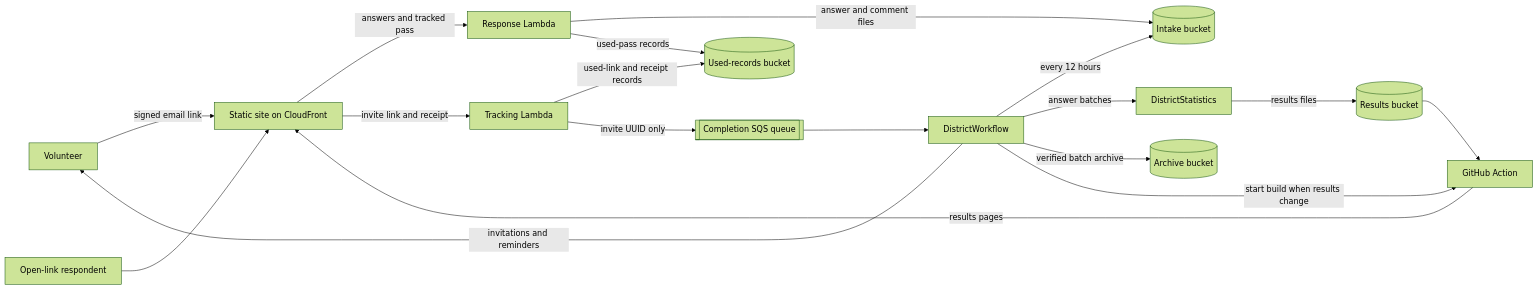
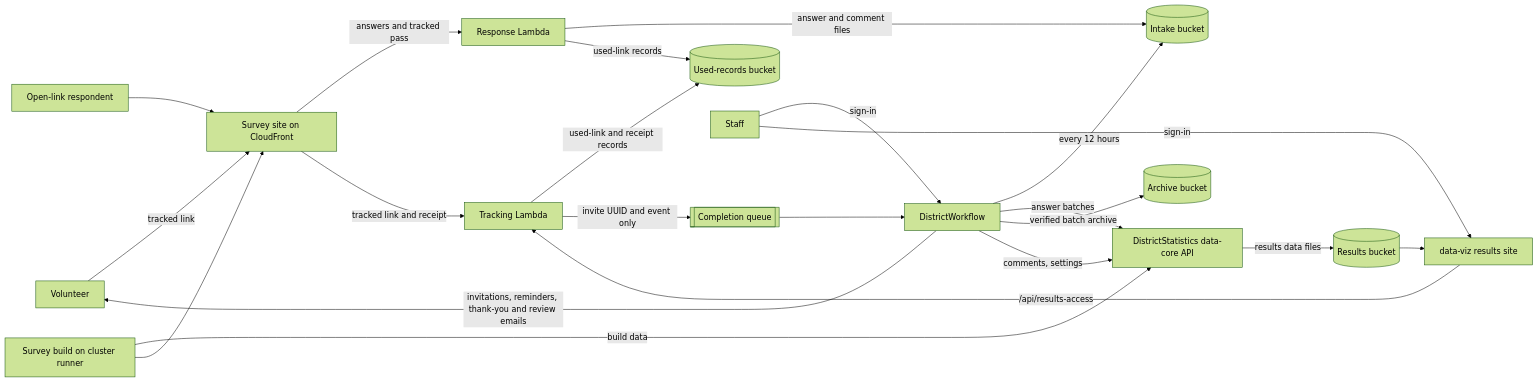
Before and after one commit to LBDistrictScouts/DistrictSurvey: the first of 2 diagrams in docs/designs/district_survey.md, drawn with Mermaid (forest theme). The commit also changed other lines of this file and 12 other files, not shown here.

````diff
--- a/docs/designs/district_survey.md
+++ b/docs/designs/district_survey.md
@@ -339,20 +362,24 @@
 ```mermaid
 flowchart LR
-  V[Volunteer] -->|signed email link| Site
+  V[Volunteer] -->|tracked link| Site
   O[Open-link respondent] --> Site
-  Site[Static site on CloudFront] -->|answers and tracked pass| RL[Response Lambda]
-  Site -->|invite link and receipt| TL[Tracking Lambda]
+  Site[Survey site on CloudFront] -->|answers and tracked pass| RL[Response Lambda]
+  Site -->|tracked link and receipt| TL[Tracking Lambda]
   RL -->|answer and comment files| I[(Intake bucket)]
-  RL -->|used-pass records| U[(Used-records bucket)]
+  RL -->|used-link records| U[(Used-records bucket)]
   TL -->|used-link and receipt records| U
-  TL -->|invite UUID only| Q[[Completion SQS queue]]
+  TL -->|invite UUID and event only| Q[[Completion queue]]
   Q --> DW[DistrictWorkflow]
-  DW -->|invitations and reminders| V
+  DW -->|invitations, reminders, thank-you and review emails| V
   DW -->|every 12 hours| I
-  DW -->|answer batches| DS[DistrictStatistics]
+  DW -->|answer batches| DC[DistrictStatistics data-core API]
   DW -->|verified batch archive| A[(Archive bucket)]
-  DS -->|results files| R[(Results bucket)]
-  DW -->|start build when results change| GH[GitHub Action]
-  R --> GH
-  GH -->|results pages| Site
+  DC -->|results data files| R[(Results bucket)]
+  R --> RV[data-viz results site]
+  RV -->|/api/results-access| TL
+  Staff[Staff] -->|sign-in| DW
+  Staff -->|sign-in| RV
+  DW -->|comments, settings| DC
+  Build[Survey build on cluster runner] -->|build data| DC
+  Build --> Site
 ```
````
